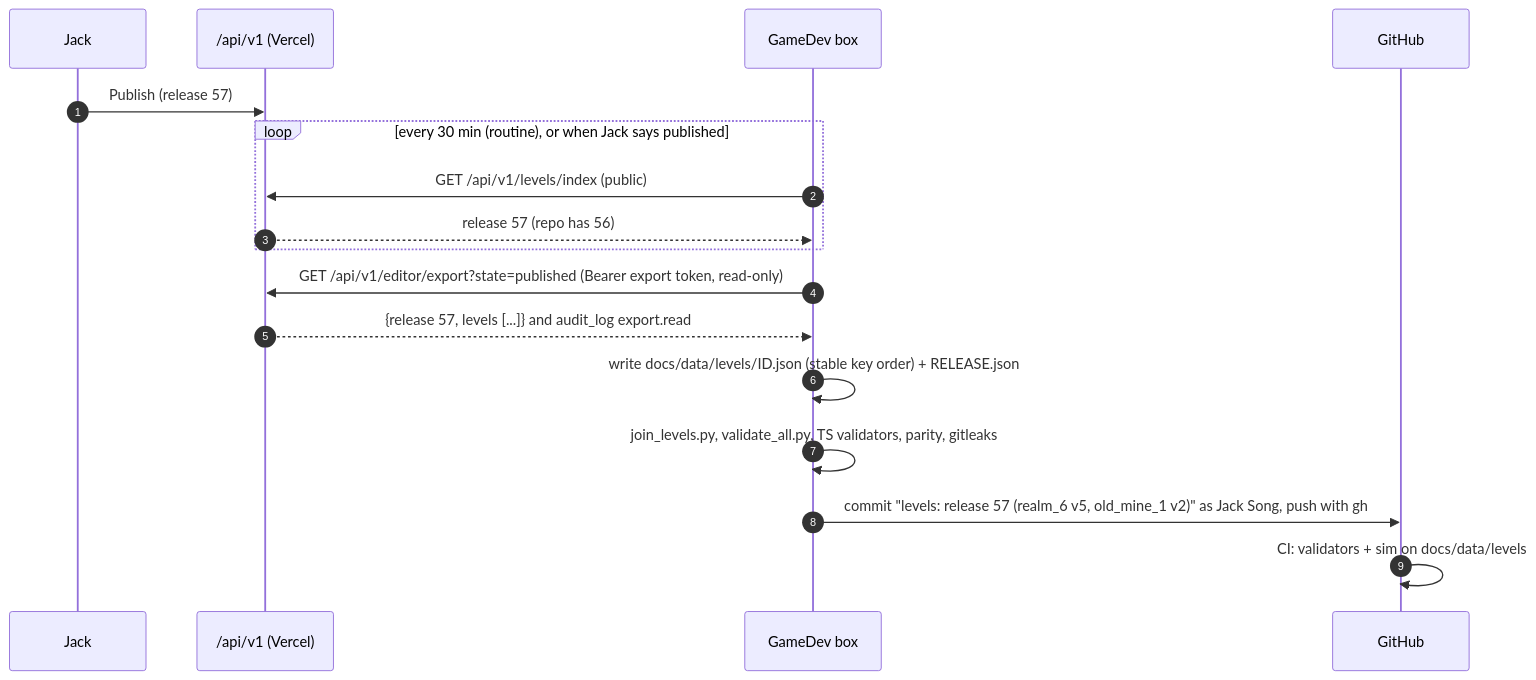
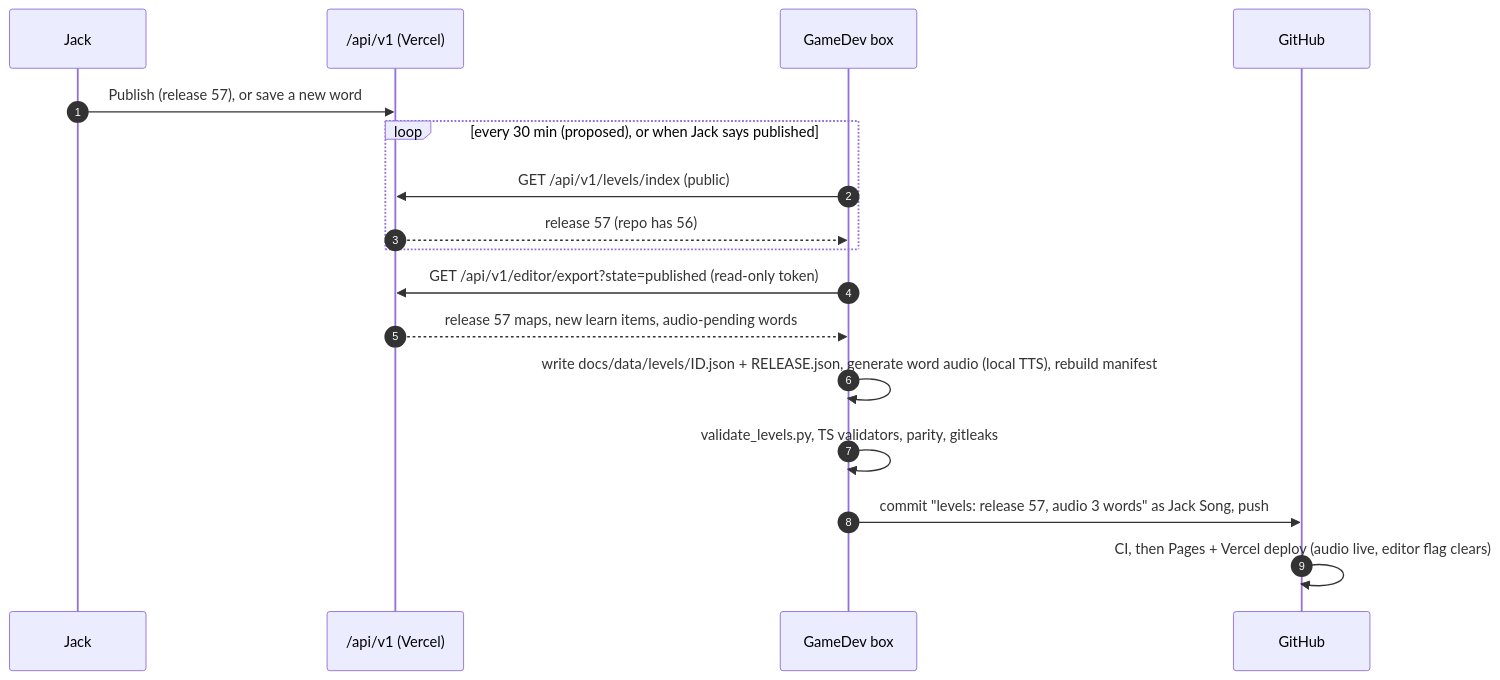
The sixth of 6 diagrams in docs/tech/level-editor.md (zenjax7/chinese-rpg), drawn with Mermaid before and after one commit. The commit also changed other lines of this file, not shown here.

````diff
--- a/docs/tech/level-editor.md
+++ b/docs/tech/level-editor.md
@@ -932,19 +748,19 @@
 ```mermaid
 sequenceDiagram
   autonumber
   participant J as Jack
   participant API as /api/v1 (Vercel)
   participant B as GameDev box
   participant GH as GitHub
-  J->>API: Publish (release 57)
-  loop every 30 min (routine), or when Jack says published
+  J->>API: Publish (release 57), or save a new word
+  loop every 30 min (proposed), or when Jack says published
     B->>API: GET /api/v1/levels/index (public)
     API-->>B: release 57 (repo has 56)
   end
-  B->>API: GET /api/v1/editor/export?state=published (Bearer export token, read-only)
-  API-->>B: {release 57, levels [...]} and audit_log export.read
-  B->>B: write docs/data/levels/ID.json (stable key order) + RELEASE.json
-  B->>B: join_levels.py, validate_all.py, TS validators, parity, gitleaks
-  B->>GH: commit "levels: release 57 (realm_6 v5, old_mine_1 v2)" as Jack Song, push with gh
-  GH->>GH: CI: validators + sim on docs/data/levels
+  B->>API: GET /api/v1/editor/export?state=published (read-only token)
+  API-->>B: release 57 maps, new learn items, audio-pending words
+  B->>B: write docs/data/levels/ID.json + RELEASE.json, generate word audio (local TTS), rebuild manifest
+  B->>B: validate_levels.py, TS validators, parity, gitleaks
+  B->>GH: commit "levels: release 57, audio 3 words" as Jack Song, push
+  GH->>GH: CI, then Pages + Vercel deploy (audio live, editor flag clears)
 ```
````
